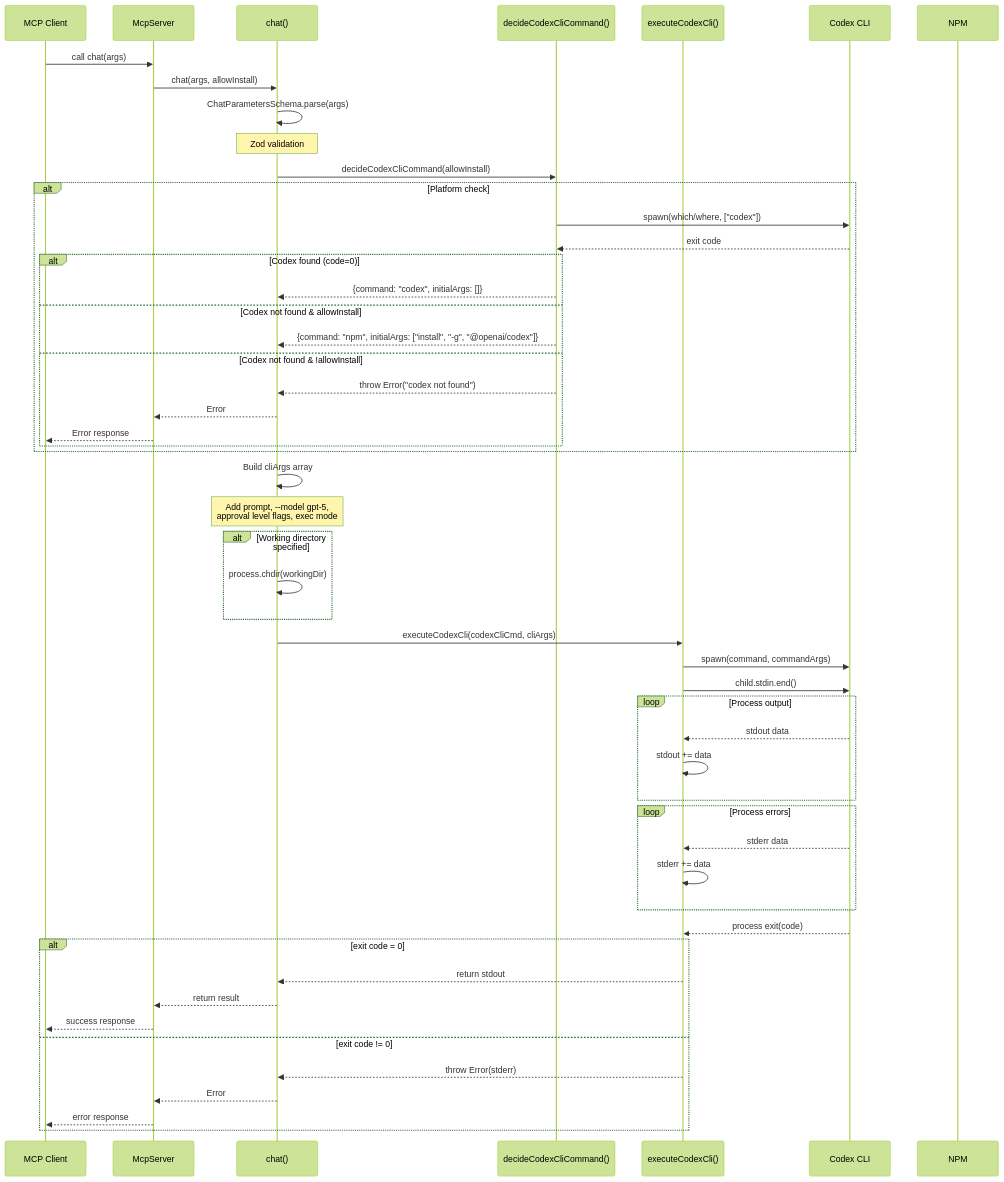
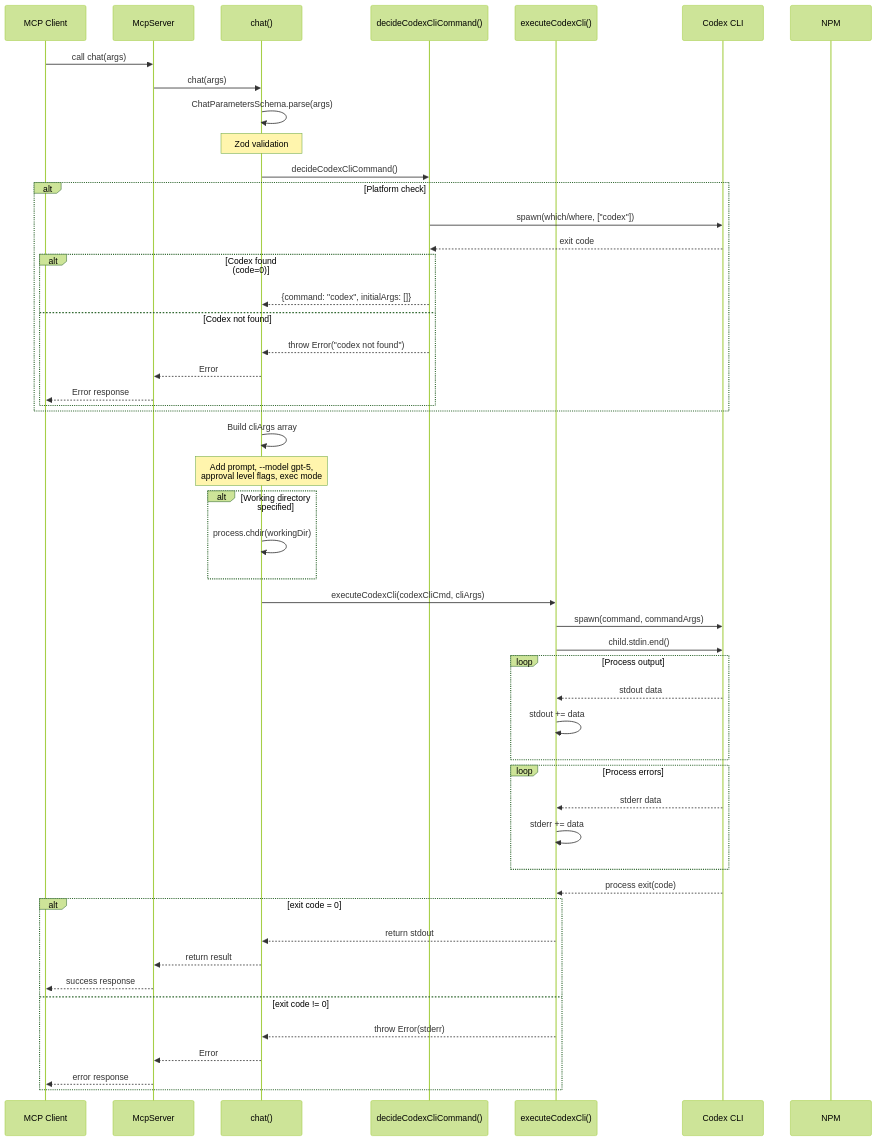
Before and after one commit to suwa-sh/mcp-codex-cli: the third of 4 diagrams in ARCHITECTURE.md, drawn with Mermaid (forest theme). The commit also changed other lines of this file and 11 other files, not shown here.

````diff
--- a/ARCHITECTURE.md
+++ b/ARCHITECTURE.md
@@ -83,65 +80,63 @@
 ```mermaid
 sequenceDiagram
     participant Client as MCP Client
     participant Server as McpServer
     participant Chat as chat()
     participant DecideCodex as decideCodexCliCommand()
     participant ExecuteCodex as executeCodexCli()
     participant CLI as Codex CLI
     participant NPM as NPM
     
     Client->>Server: call chat(args)
-    Server->>Chat: chat(args, allowInstall)
+    Server->>Chat: chat(args)
     Chat->>Chat: ChatParametersSchema.parse(args)
     Note over Chat: Zod validation
     
-    Chat->>DecideCodex: decideCodexCliCommand(allowInstall)
+    Chat->>DecideCodex: decideCodexCliCommand()
     
     alt Platform check
         DecideCodex->>CLI: spawn(which/where, ["codex"])
         CLI-->>DecideCodex: exit code
         
         alt Codex found (code=0)
             DecideCodex-->>Chat: {command: "codex", initialArgs: []}
-        else Codex not found & allowInstall
-            DecideCodex-->>Chat: {command: "npm", initialArgs: ["install", "-g", "@openai/codex"]}
-        else Codex not found & !allowInstall
+        else Codex not found
             DecideCodex-->>Chat: throw Error("codex not found")
             Chat-->>Server: Error
             Server-->>Client: Error response
         end
     end
     
     Chat->>Chat: Build cliArgs array
     Note over Chat: Add prompt, --model gpt-5,<br/>approval level flags, exec mode
     
     alt Working directory specified
         Chat->>Chat: process.chdir(workingDir)
     end
     
     Chat->>ExecuteCodex: executeCodexCli(codexCliCmd, cliArgs)
     ExecuteCodex->>CLI: spawn(command, commandArgs)
     ExecuteCodex->>CLI: child.stdin.end()
     
     loop Process output
         CLI-->>ExecuteCodex: stdout data
         ExecuteCodex->>ExecuteCodex: stdout += data
     end
     
     loop Process errors
         CLI-->>ExecuteCodex: stderr data
         ExecuteCodex->>ExecuteCodex: stderr += data
     end
     
     CLI-->>ExecuteCodex: process exit(code)
     
     alt exit code = 0
         ExecuteCodex-->>Chat: return stdout
         Chat-->>Server: return result
         Server-->>Client: success response
     else exit code != 0
         ExecuteCodex-->>Chat: throw Error(stderr)
         Chat-->>Server: Error
         Server-->>Client: error response
     end
 ```
````
